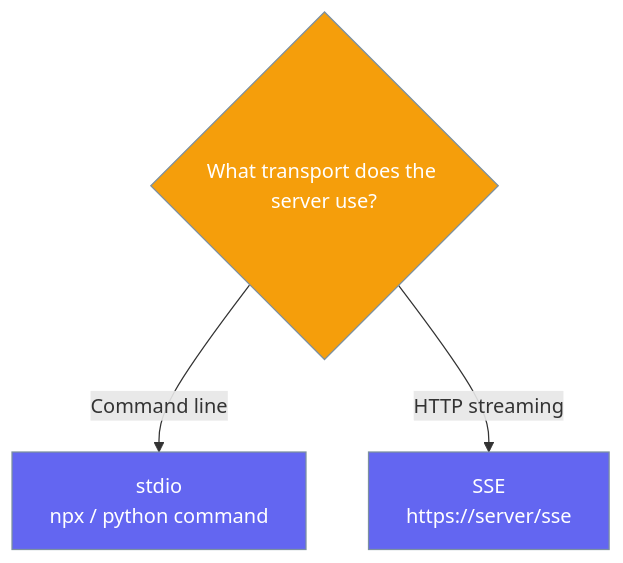
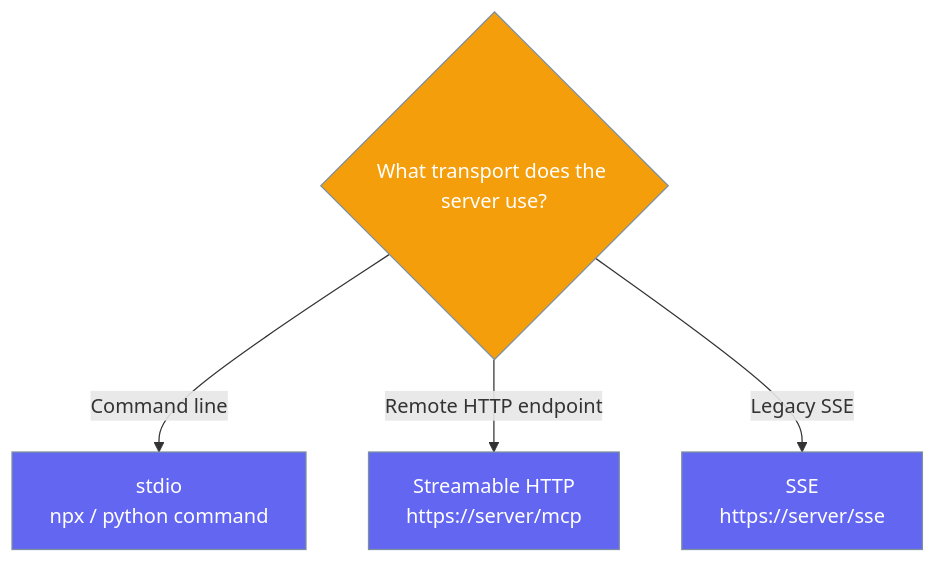
The third of 4 diagrams in docs/features/mcp.mdx (MervinPraison/PraisonAIDocs), drawn with Mermaid before and after one commit. The commit also changed other lines of this file and 1 other file, not shown here.

First line of the commit message:
docs: refresh HTTP-Stream transport docs for official streamablehttp_client (fixes #2001)

````diff
--- a/docs/features/mcp.mdx
+++ b/docs/features/mcp.mdx
@@ -122,12 +143,13 @@
 ```mermaid
 graph TB
     Q{What transport does the server use?}
     Q -->|Command line| Stdio[stdio\nnpx / python command]
-    Q -->|HTTP streaming| SSE[SSE\nhttps://server/sse]
+    Q -->|Remote HTTP endpoint| HTTP[Streamable HTTP\nhttps://server/mcp]
+    Q -->|Legacy SSE| SSE[SSE\nhttps://server/sse]
 
     classDef decision fill:#F59E0B,stroke:#7C90A0,color:#fff
     classDef type fill:#6366F1,stroke:#7C90A0,color:#fff
 
     class Q decision
-    class Stdio,SSE type
+    class Stdio,HTTP,SSE type
 ```
````
